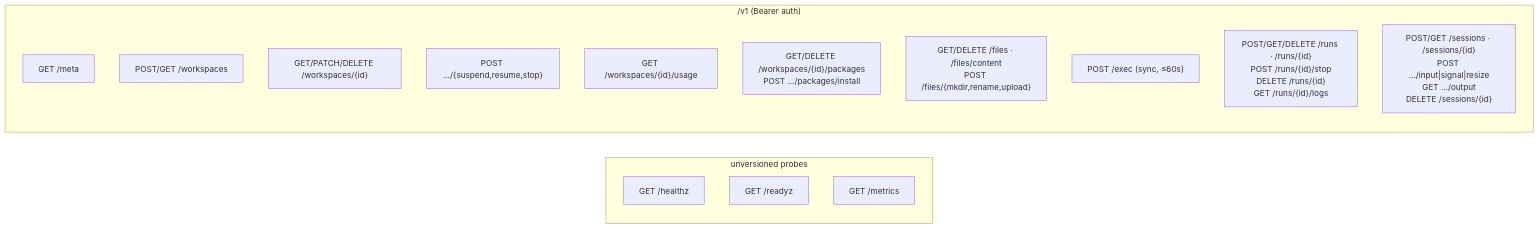
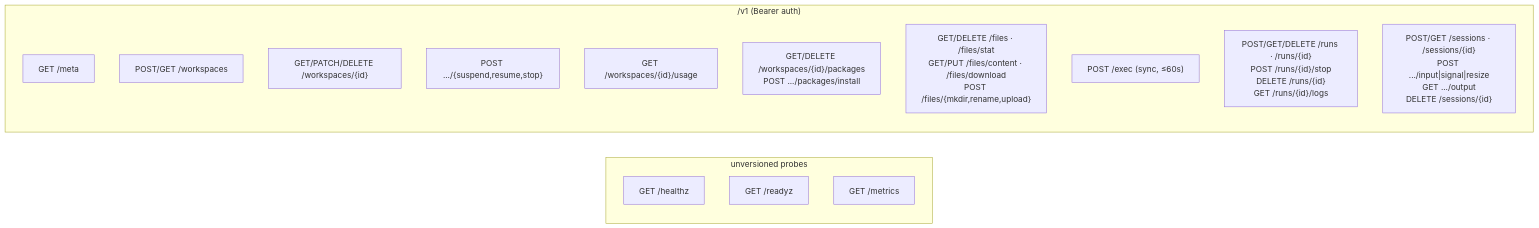
Before and after one commit to M3-mo2/cloud-service: diagram 15 of 17 in docs/ARCHITECTURE.md, drawn with Mermaid. The commit also changed other lines of this file and 18 other files, not shown here.

````diff
--- a/docs/ARCHITECTURE.md
+++ b/docs/ARCHITECTURE.md
@@ -757,20 +761,20 @@
 ```mermaid
 flowchart LR
     subgraph unversioned["unversioned probes"]
         H["GET /healthz"]
         R["GET /readyz"]
         M["GET /metrics"]
     end
     subgraph v1["/v1 (Bearer auth)"]
         META["GET /meta"]
         WC["POST/GET /workspaces"]
         W["GET/PATCH/DELETE /workspaces/{id}"]
         LIFECYCLE["POST .../{suspend,resume,stop}"]
         USAGE["GET /workspaces/{id}/usage"]
         PKG["GET/DELETE /workspaces/{id}/packages\nPOST .../packages/install"]
-        F["GET/DELETE /files · /files/content\nPOST /files/{mkdir,rename,upload}"]
+        F["GET/DELETE /files · /files/stat\nGET/PUT /files/content · /files/download\nPOST /files/{mkdir,rename,upload}"]
         EX["POST /exec (sync, ≤60s)"]
         RN["POST/GET/DELETE /runs · /runs/{id}\nPOST /runs/{id}/stop\nDELETE /runs/{id}\nGET /runs/{id}/logs"]
         SS["POST/GET /sessions · /sessions/{id}\nPOST .../input|signal|resize\nGET .../output\nDELETE /sessions/{id}"]
     end
 ```
````
